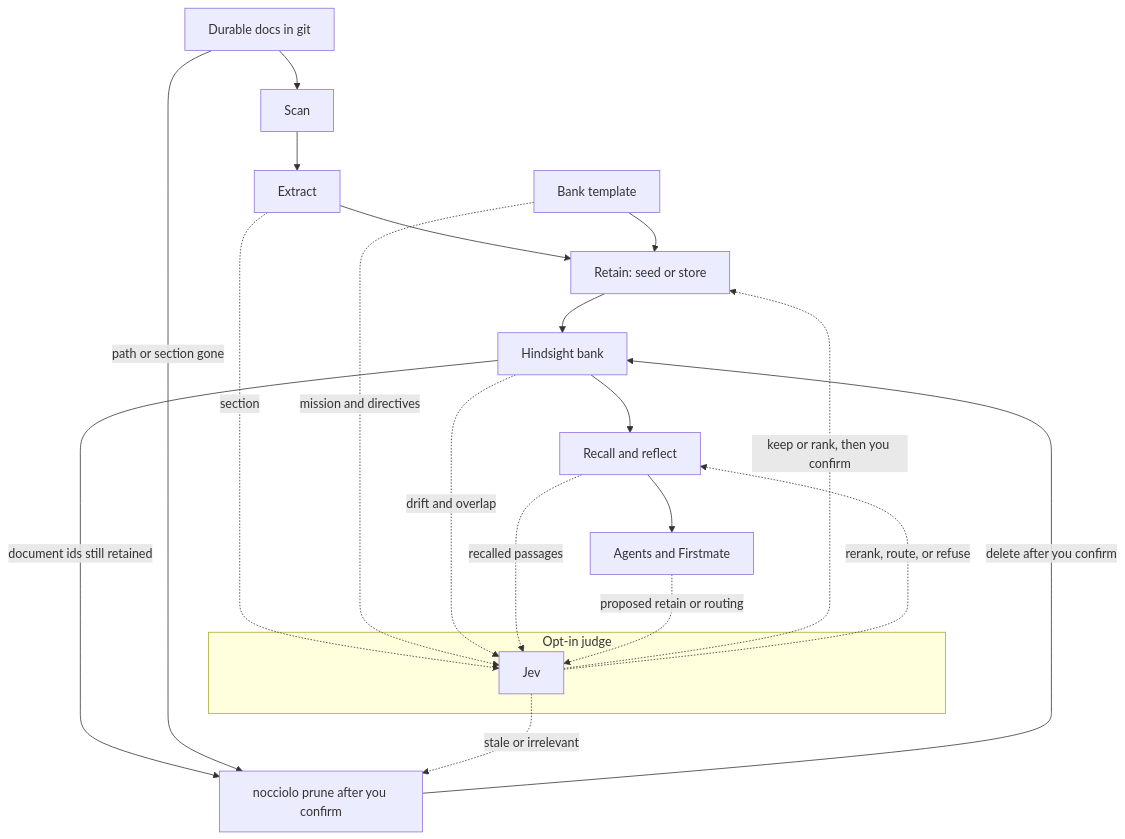
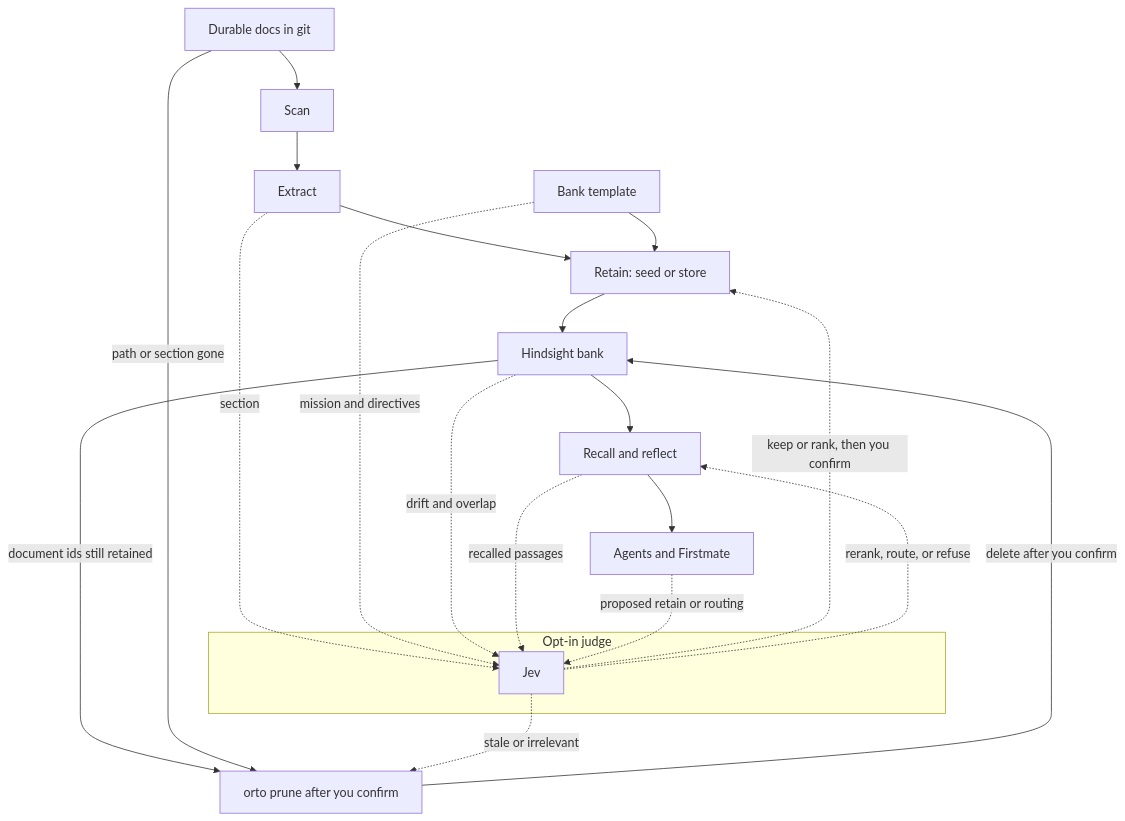
The diagram in docs/jev-integration.md (zanuka/nocciolo), drawn with Mermaid before and after one commit. The commit also changed other lines of this file and 118 other files, not shown here.

First line of the commit message:
Rename Nocciolo to Orto across the CLI, package, config dir, env vars, and docs.

````diff
--- a/docs/jev-integration.md
+++ b/docs/jev-integration.md
@@ -93,33 +93,33 @@
 ```mermaid
 flowchart TD
   docs["Durable docs in git"]
   scan["Scan"]
   extract["Extract"]
   template["Bank template"]
   retain["Retain: seed or store"]
   bank["Hindsight bank"]
   read["Recall and reflect"]
   agents["Agents and Firstmate"]
-  prune["nocciolo prune after you confirm"]
+  prune["orto prune after you confirm"]
 
   subgraph judge ["Opt-in judge"]
     jev["Jev"]
   end
 
   docs --> scan --> extract --> retain --> bank --> read --> agents
   template --> retain
 
   bank -->|"document ids still retained"| prune
   docs -->|"path or section gone"| prune
   prune -->|"delete after you confirm"| bank
 
   extract -.->|"section"| jev
   template -.->|"mission and directives"| jev
   bank -.->|"drift and overlap"| jev
   read -.->|"recalled passages"| jev
   agents -.->|"proposed retain or routing"| jev
 
   jev -.->|"keep or rank, then you confirm"| retain
   jev -.->|"rerank, route, or refuse"| read
   jev -.->|"stale or irrelevant"| prune
 ```
````
